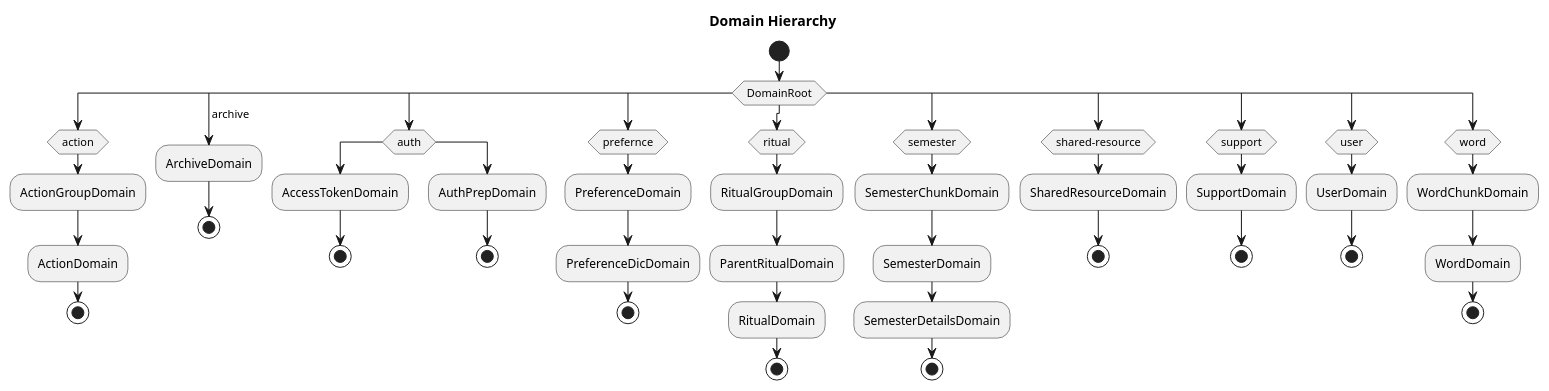
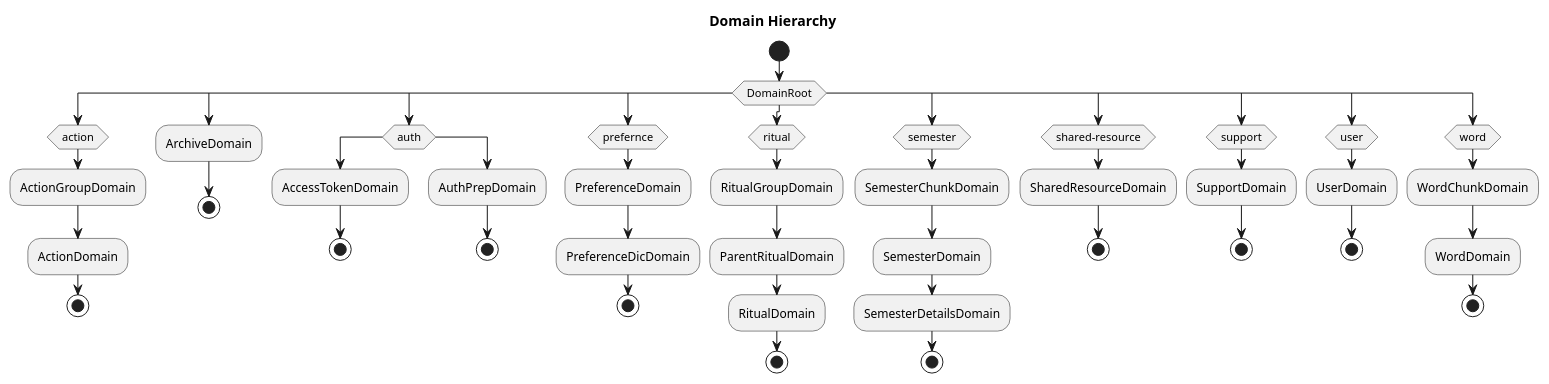
One commit to ajktown/docs changed the diagram in dev_api/domains/index.hierarchy.md. Above: the diagram before and after it, drawn with PlantUML.

Commit message:
doc: duplicated archive

````diff
--- a/dev_api/domains/index.hierarchy.md
+++ b/dev_api/domains/index.hierarchy.md
@@ -17,79 +17,79 @@
 ```plantuml
 @startuml
 
 title Domain Hierarchy
 
 start
 switch ( DomainRoot )
 case ()
   switch ( action )
   case ()
     :ActionGroupDomain;
     :ActionDomain;
     stop
   endswitch
-case ( archive )
+case ()
   :ArchiveDomain;
   stop
 case ()
   switch ( auth )
   case ()
     :AccessTokenDomain;
     stop
   case ()
     :AuthPrepDomain;
     stop
   endswitch
 case ()
   switch ( prefernce )
   case ()
     :PreferenceDomain;
     :PreferenceDicDomain;
     stop
   endswitch
 case ()
   switch ( ritual )
   case ()
     :RitualGroupDomain;
     :ParentRitualDomain;
     :RitualDomain;
     stop
   endswitch
 case ()
   switch ( semester )
   case ()
     :SemesterChunkDomain;
     :SemesterDomain;
     :SemesterDetailsDomain;
     stop
   endswitch
 case ()
   switch ( shared-resource )
   case ()
     :SharedResourceDomain;
     stop
   endswitch
 case ()
   switch ( support )
   case ()
     :SupportDomain;
     stop
   endswitch
 case ()
   switch ( user )
   case ()
     :UserDomain;
     stop
   endswitch
 case ()
   switch ( word )
   case ()
     :WordChunkDomain;
     :WordDomain;
     stop
   endswitch
 endswitch
 
 @enduml
 
 ```
````
